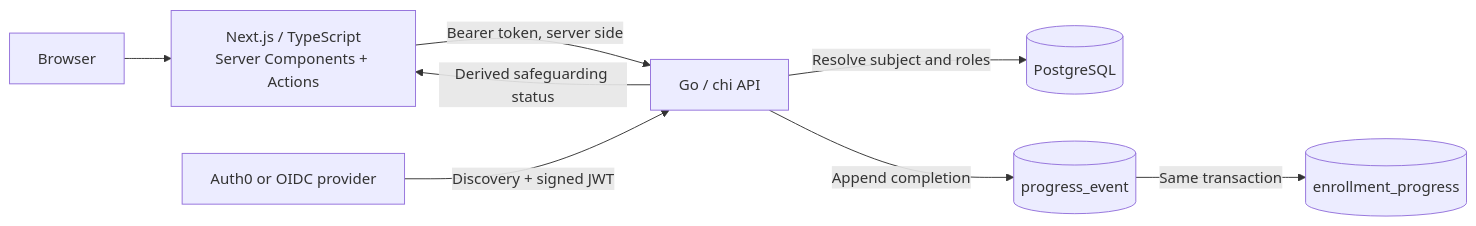
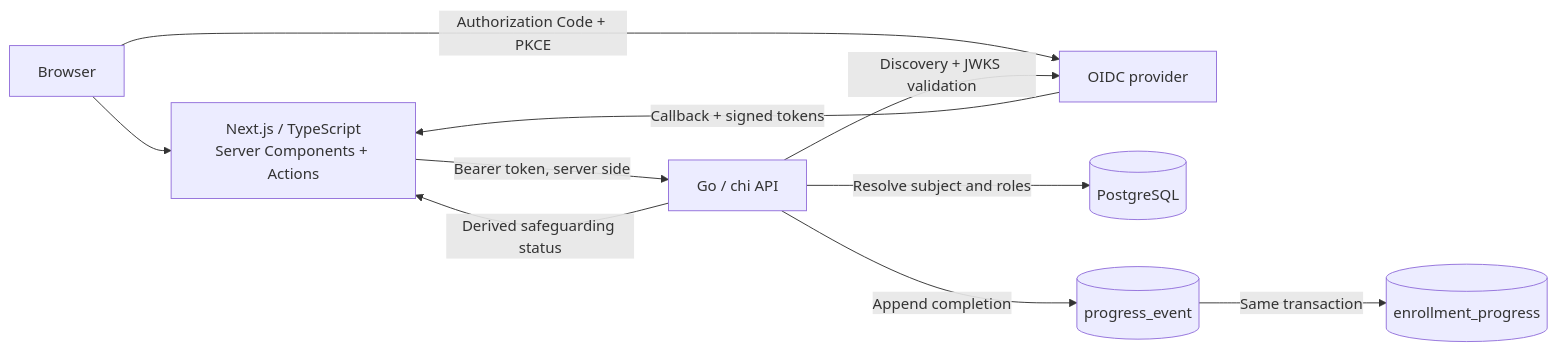
Before and after one commit to nick-bellows/learning-center-reference: the diagram in README.md, drawn with Mermaid. The commit also changed other lines of this file and 41 other files, not shown here.

Commit message:
feat(auth): add local OIDC recruiter demo boundary

````diff
--- a/README.md
+++ b/README.md
@@ -43,10 +45,12 @@
 ```mermaid
 flowchart LR
     Browser[Browser] --> Web[Next.js / TypeScript\nServer Components + Actions]
+    Browser -->|Authorization Code + PKCE| IdP[OIDC provider]
+    IdP -->|Callback + signed tokens| Web
     Web -->|Bearer token, server side| API[Go / chi API]
-    IdP[Auth0 or OIDC provider] -->|Discovery + signed JWT| API
+    API -->|Discovery + JWKS validation| IdP
     API -->|Resolve subject and roles| PG[(PostgreSQL)]
     API -->|Append completion| Events[(progress_event)]
     Events -->|Same transaction| Projection[(enrollment_progress)]
     API -->|Derived safeguarding status| Web
 ```
````
